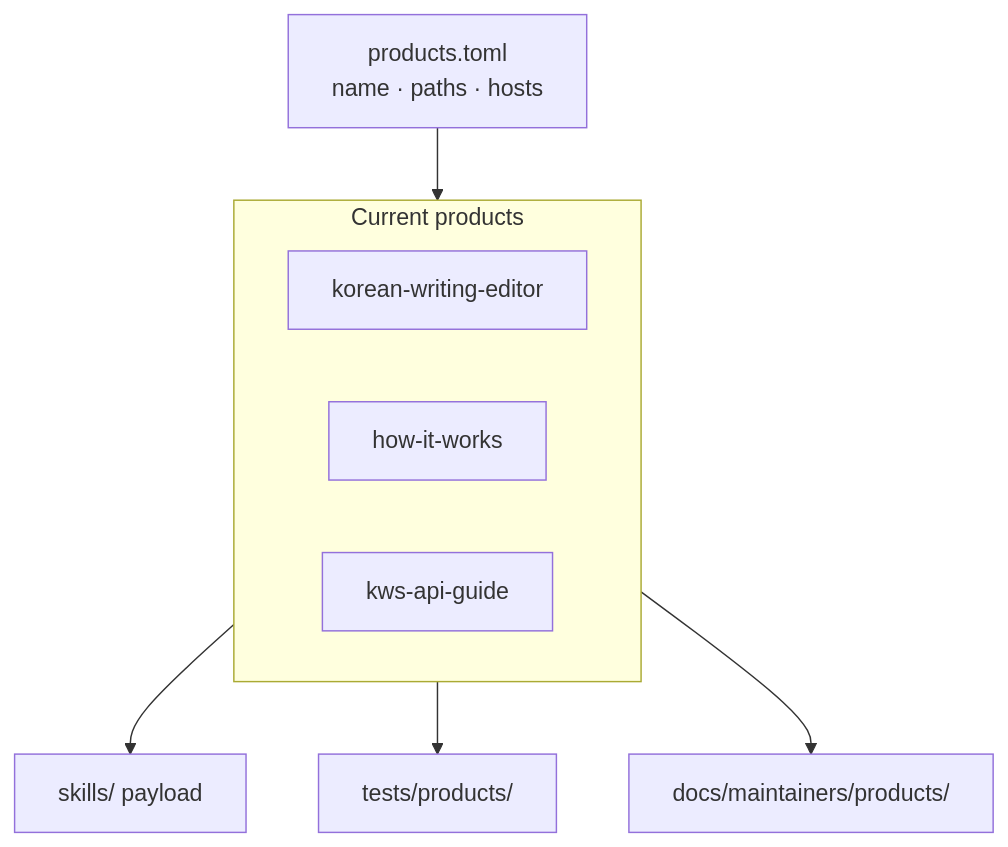
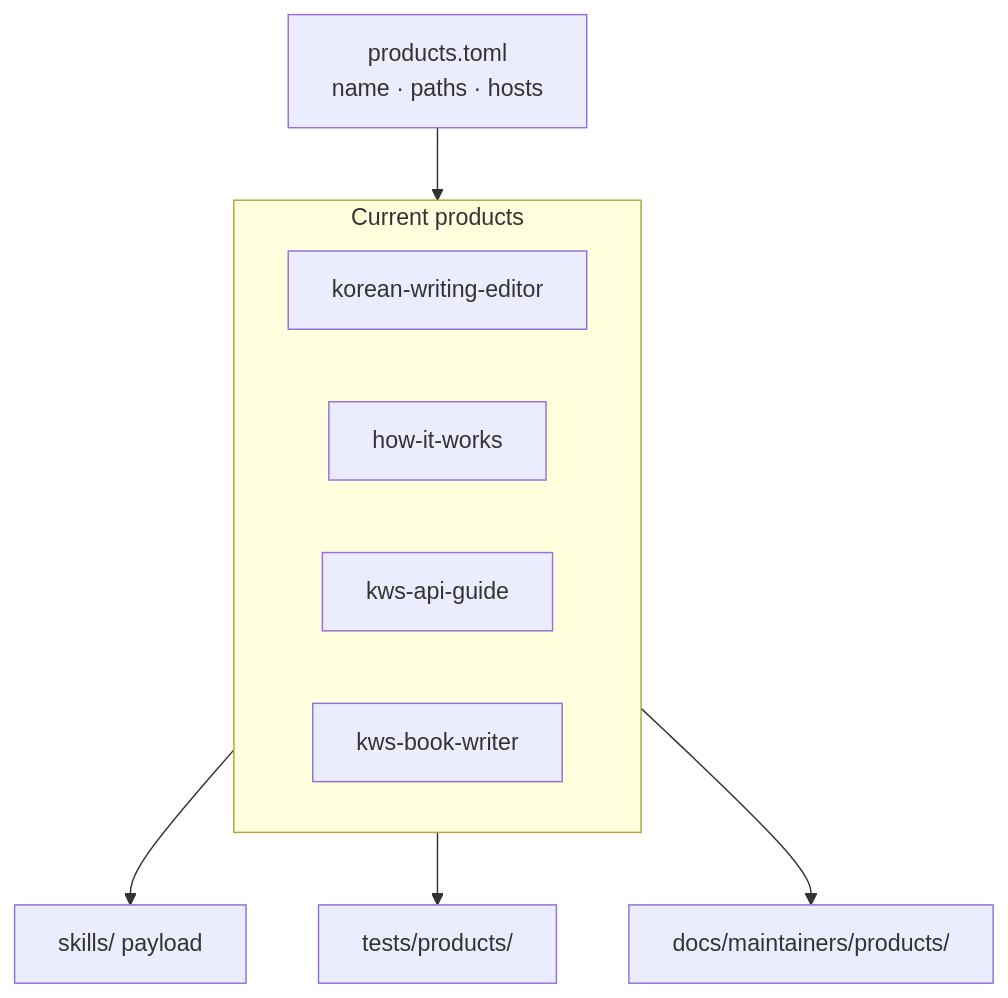
Before and after one commit to beyondwin/skills: the diagram in docs/maintainers/repository/architecture.md, drawn with Mermaid. The commit also changed other lines of this file and 55 other files, not shown here.

First line of the commit message:
feat: add kws-book-writer

````diff
--- a/docs/maintainers/repository/architecture.md
+++ b/docs/maintainers/repository/architecture.md
@@ -13,13 +13,14 @@
 ```mermaid
 flowchart TB
   R["products.toml<br/>name · paths · hosts"]
   subgraph live ["Current products"]
     K[korean-writing-editor]
     H[how-it-works]
     A[kws-api-guide]
+    B[kws-book-writer]
   end
   R --> live
   live --> SK["skills/ payload"]
   live --> T["tests/products/"]
   live --> D["docs/maintainers/products/"]
 ```
````
